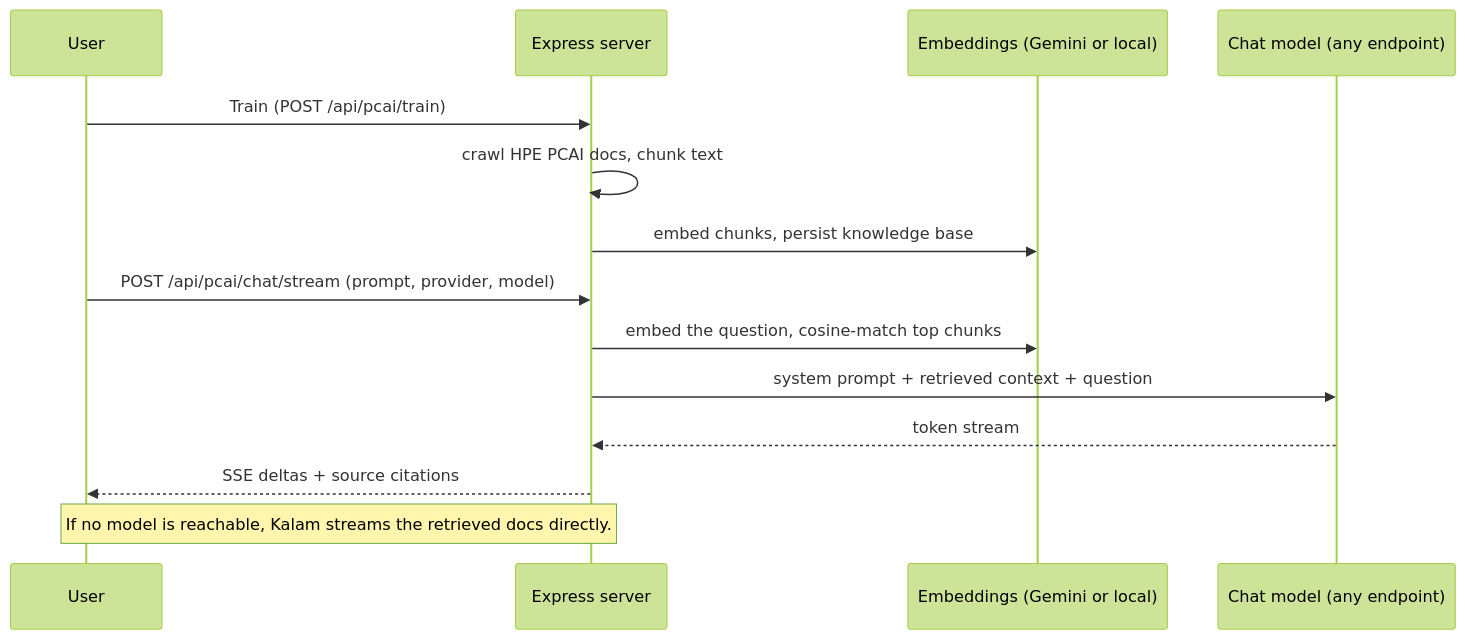
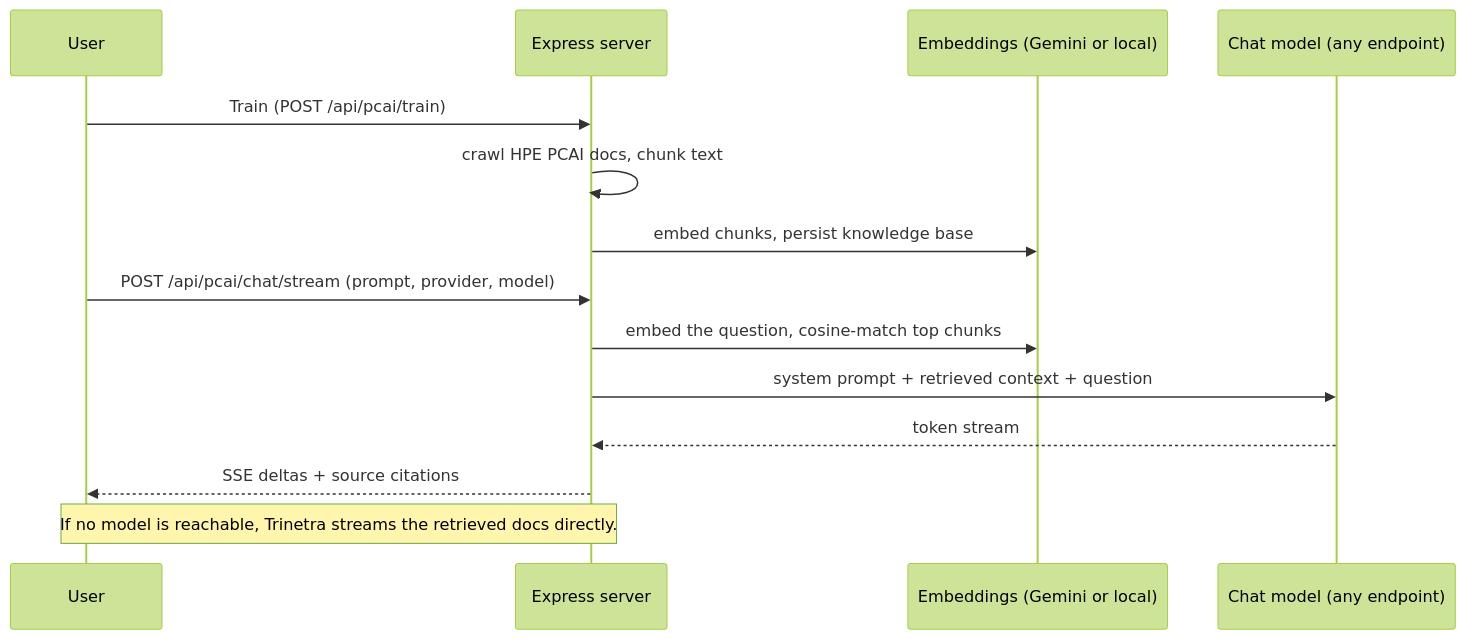
The sixth of 9 diagrams in ARCHITECTURE.md (AdityaRam24/kalam), drawn with Mermaid (forest theme) before and after one commit. The commit also changed other lines of this file and 100 other files, not shown here.

````diff
--- a/ARCHITECTURE.md
+++ b/ARCHITECTURE.md
@@ -507,17 +507,17 @@
 ```mermaid
 sequenceDiagram
     participant U as User
     participant S as Express server
     participant E as Embeddings (Gemini or local)
     participant M as Chat model (any endpoint)
 
     U->>S: Train (POST /api/pcai/train)
     S->>S: crawl HPE PCAI docs, chunk text
     S->>E: embed chunks, persist knowledge base
     U->>S: POST /api/pcai/chat/stream (prompt, provider, model)
     S->>E: embed the question, cosine-match top chunks
     S->>M: system prompt + retrieved context + question
     M-->>S: token stream
     S-->>U: SSE deltas + source citations
-    Note over S,U: If no model is reachable, Kalam streams the retrieved docs directly.
+    Note over S,U: If no model is reachable, Trinetra streams the retrieved docs directly.
 ```
````
